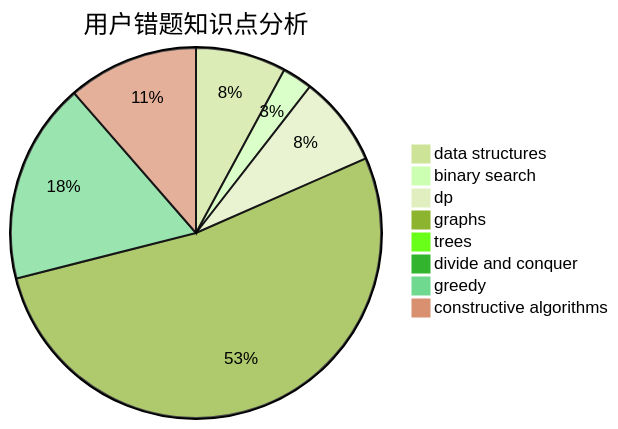
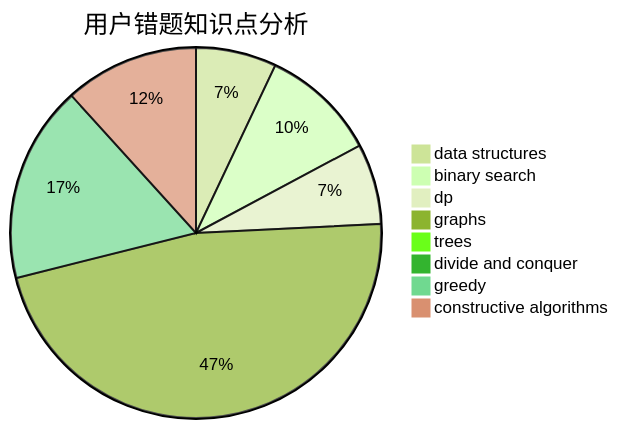
Before and after one commit to sherpahu/cfrs.github.io: the third of 3 diagrams in docs/user/u1267.md, drawn with Mermaid (forest theme). The commit also changed other lines of this file and 2770 other files, not shown here.

````diff
--- a/docs/user/u1267.md
+++ b/docs/user/u1267.md
@@ -36,11 +36,11 @@
 ```mermaid
 pie title 用户错题知识点分析
     "data structures" :  9
-    "binary search" :  3
+    "binary search" :  13
     "dp" :  9
     "graphs" :  60
     "trees" :  0
     "divide and conquer" :  0
-    "greedy" :  20
-    "constructive algorithms" :  13
+    "greedy" :  22
+    "constructive algorithms" :  15
 ```
````
